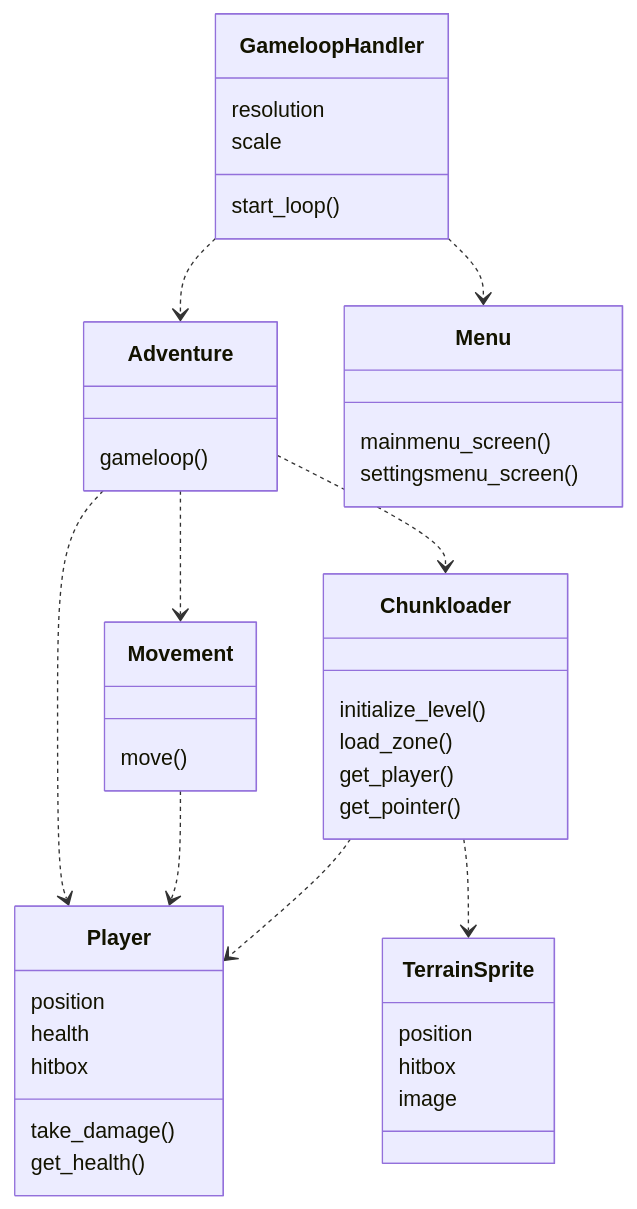
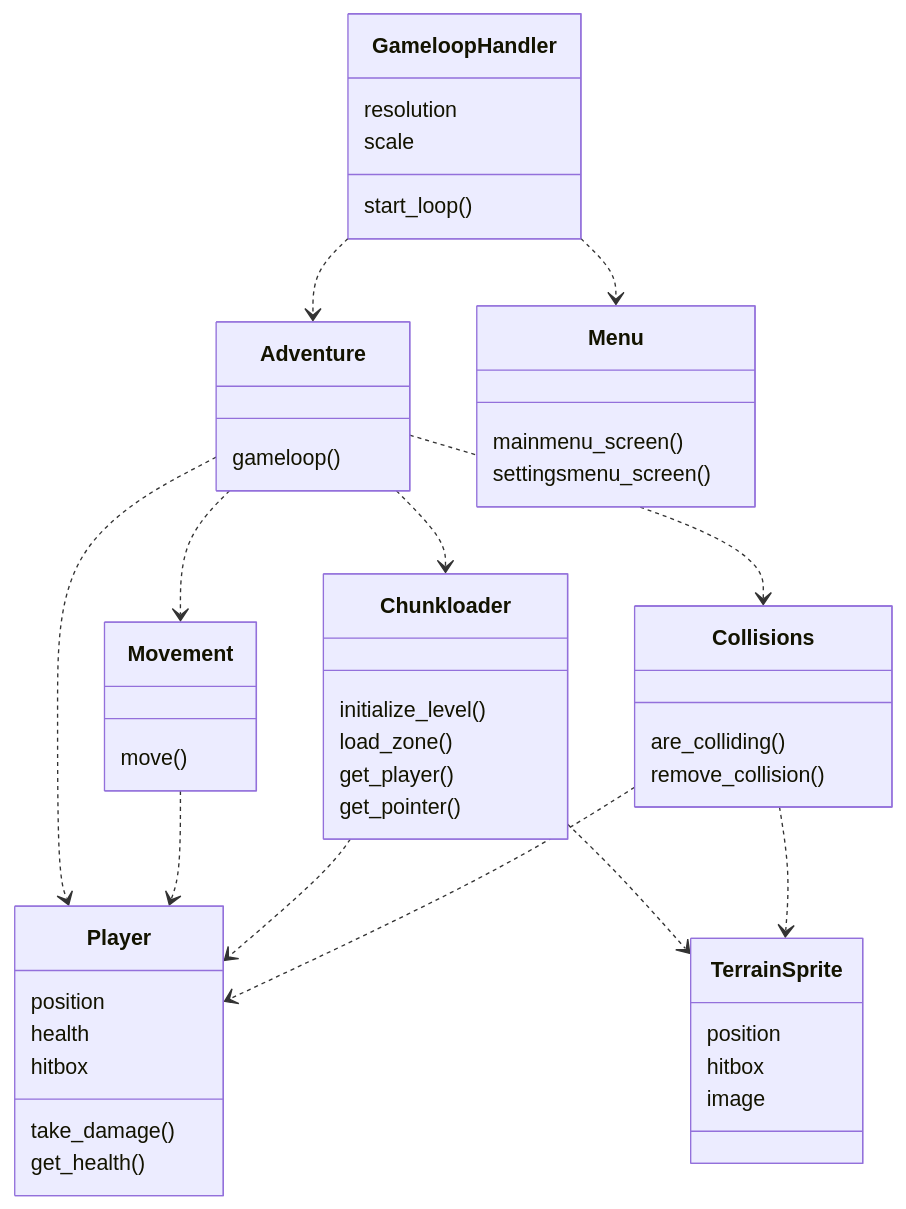
One commit to VehvilainenPooki/OTProjekti changed the first of 2 diagrams in Payload_adventure_game/Documentation/ArchitectureDescription.md. Above: the diagram before and after it, drawn with Mermaid.

````diff
--- a/Payload_adventure_game/Documentation/ArchitectureDescription.md
+++ b/Payload_adventure_game/Documentation/ArchitectureDescription.md
@@ -2,44 +2,51 @@
 ```mermaid
  classDiagram
       class Player{
           position
           health
           hitbox
           take_damage()
           get_health()
       }
       class Movement{
           move()
       }
       class Chunkloader{
           initialize_level()
           load_zone()
           get_player()
           get_pointer()
       }
       class TerrainSprite{
           position
           hitbox
           image
       }
       class GameloopHandler{
           resolution
           scale
           start_loop()
       }
       class Adventure{
           gameloop()
       }
       class Menu{
-      mainmenu_screen()
-      settingsmenu_screen()
+          mainmenu_screen()
+          settingsmenu_screen()
+      }
+      class Collisions{
+          are_colliding()
+          remove_collision()
       }
       GameloopHandler ..> Menu
       GameloopHandler ..> Adventure
       Adventure ..> Player
       Adventure ..> Movement
       Adventure ..> Chunkloader
       Movement ..> Player
       Chunkloader ..> TerrainSprite
       Chunkloader ..> Player
+      Adventure ..> Collisions
+      Collisions ..> Player
+      Collisions ..> TerrainSprite
 ```
````
